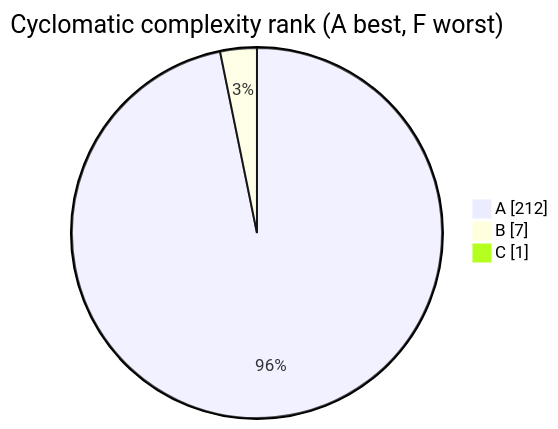
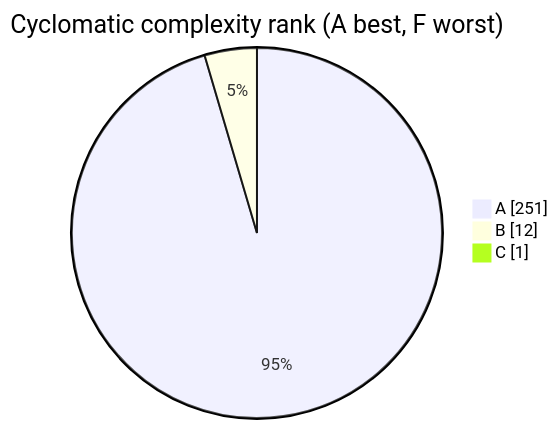
The diagram in docs/wiki/generated/complexity.md (Kgotso-Koete/fastapi-clean-example), drawn with Mermaid before and after one commit. The commit also changed other lines of this file and 103 other files, not shown here.

````diff
--- a/docs/wiki/generated/complexity.md
+++ b/docs/wiki/generated/complexity.md
@@ -27,8 +27,8 @@
     ```mermaid
     %%{init: {"theme": "default", "themeVariables": {"fontSize": "14px"}, "flowchart": {"nodeSpacing": 20, "rankSpacing": 16, "padding": 10, "subGraphTitleMargin": {"top": 5, "bottom": 12}, "useMaxWidth": false}}}%%
     pie showData
         title Cyclomatic complexity rank (A best, F worst)
-        "A" : 212
-        "B" : 7
+        "A" : 251
+        "B" : 12
         "C" : 1
     ```
````
